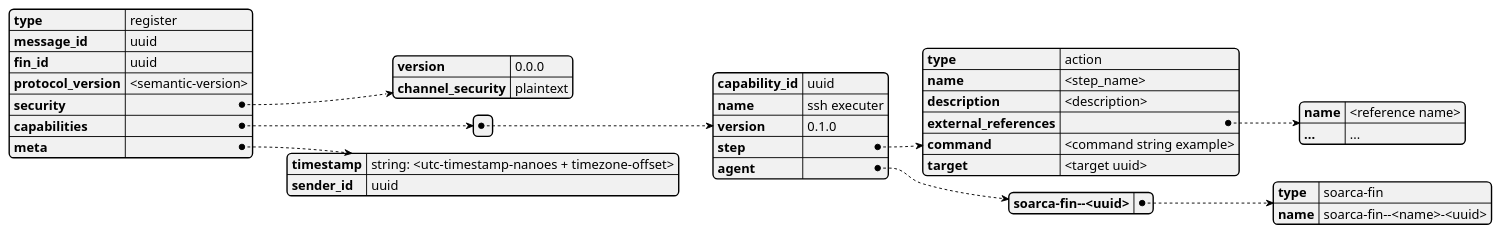
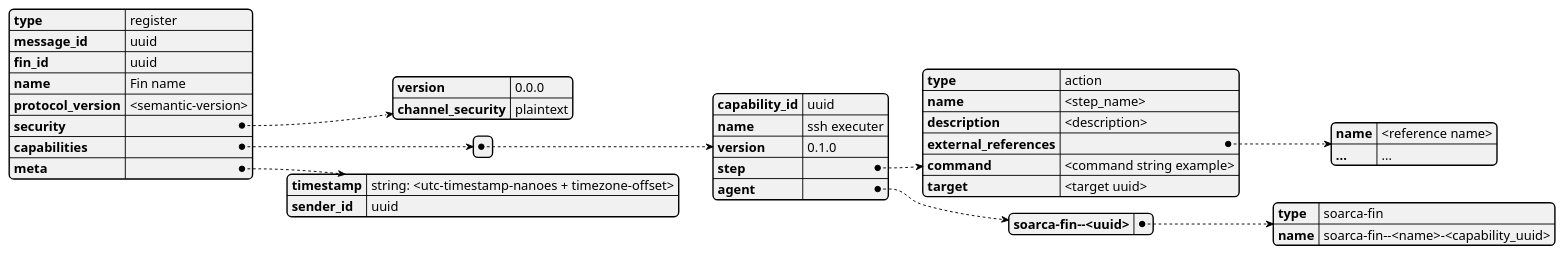
Before and after one commit to COSSAS/SOARCA: the third of 19 diagrams in docs/content/en/docs/soarca-extentions/fin-protocol.md, drawn with PlantUML. The commit also changed other lines of this file, not shown here.

Commit message:
Updated fin protocol with name field

````diff
--- a/docs/content/en/docs/soarca-extentions/fin-protocol.md
+++ b/docs/content/en/docs/soarca-extentions/fin-protocol.md
@@ -126,44 +129,45 @@
 ```plantuml
 @startjson
 {
     "type": "register",
     "message_id": "uuid",
     "fin_id" : "uuid",
+    "name": "Fin name",
     "protocol_version": "<semantic-version>",
     "security": {
         "version": "0.0.0",
         "channel_security": "plaintext"
     },
     "capabilities": [
         {
             "capability_id": "uuid",
             "name": "ssh executer",
             "version": "0.1.0", 
             "step": { 
                 "type": "action",
                 "name": "<step_name>",
                 "description": "<description>",
                 "external_references": { 
                     "name": "<reference name>",
                     "...": "..."
                     },
                 "command": "<command string example>",
                 "target": "<target uuid>"
             },
             "agent" : {
                 "soarca-fin--<uuid>": {
                     "type": "soarca-fin",
-                    "name": "soarca-fin--<name>-<uuid>"
+                    "name": "soarca-fin--<name>-<capability_uuid>"
                 }
             }
 
         }
     ],
     "meta": {
 
         "timestamp": "string: <utc-timestamp-nanoes + timezone-offset>",
         "sender_id": "uuid"
     }
 }
 @endjson
 ```
````
